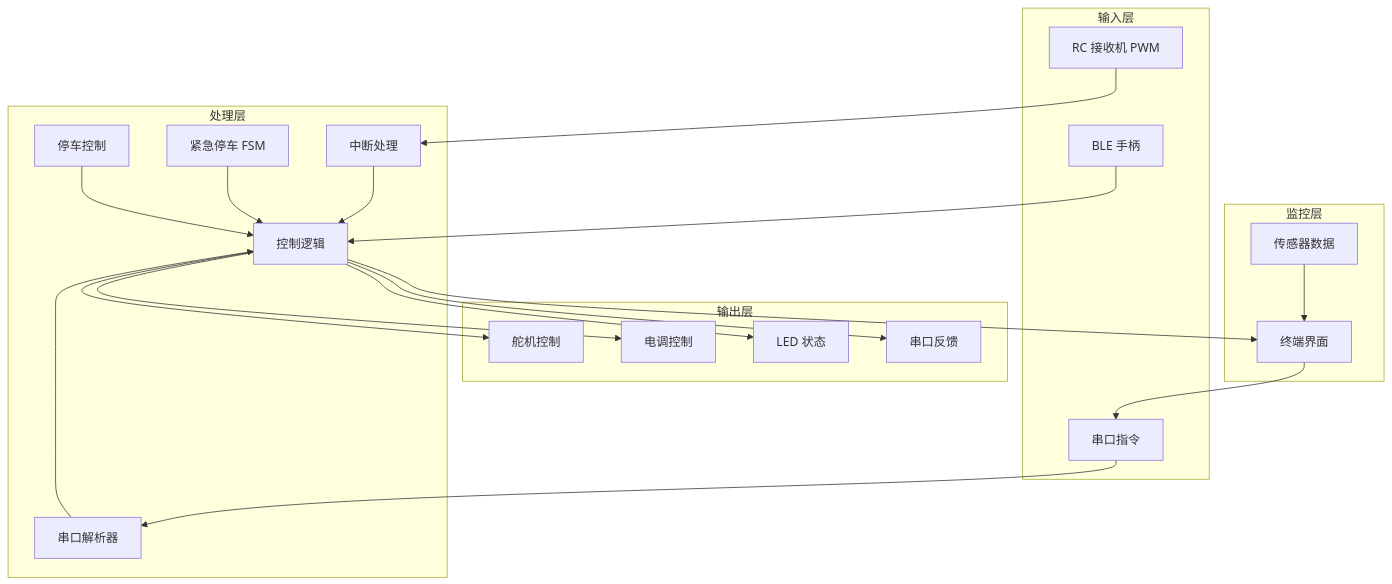
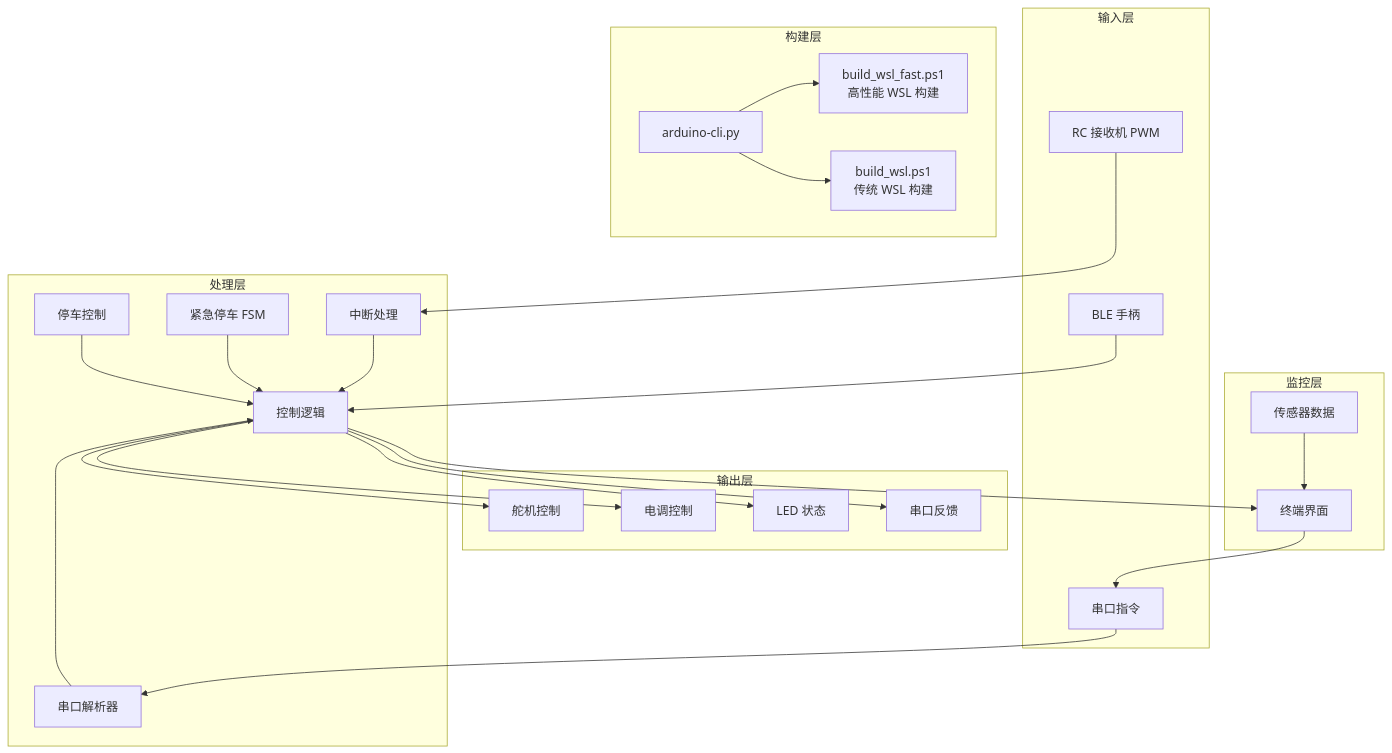
Before and after one commit to DonkeyDrift/Firmware: the second of 12 diagrams in .qoder/repowiki/zh/content/开发工具与配置/Claude AI 代码助手支持.md, drawn with Mermaid. The commit also changed other lines of this file and 3 other files, not shown here.

````diff
--- a/.qoder/repowiki/zh/content/开发工具与配置/Claude AI 代码助手支持.md
+++ b/.qoder/repowiki/zh/content/开发工具与配置/Claude AI 代码助手支持.md
@@ -131,39 +145,46 @@
 ```mermaid
 graph TD
 subgraph "输入层"
 RC[RC 接收机 PWM]
 Serial[串口指令]
 BLE[BLE 手柄]
 end
 subgraph "处理层"
 Interrupt[中断处理]
 Parser[串口解析器]
 Logic[控制逻辑]
 EST[紧急停车 FSM]
 Park[停车控制]
 end
 subgraph "输出层"
 Servo[舵机控制]
 ESC[电调控制]
 LED[LED 状态]
 Feedback[串口反馈]
 end
 subgraph "监控层"
 TUI[终端界面]
 Sensors[传感器数据]
 end
+subgraph "构建层"
+CLI[arduino-cli.py]
+WSL_Fast[build_wsl_fast.ps1<br/>高性能 WSL 构建]
+WSL_Slow[build_wsl.ps1<br/>传统 WSL 构建]
+end
 RC --> Interrupt
 Serial --> Parser
 Interrupt --> Logic
 Parser --> Logic
 EST --> Logic
 Park --> Logic
 BLE --> Logic
 Logic --> Servo
 Logic --> ESC
 Logic --> LED
 Logic --> Feedback
 Logic --> TUI
 Sensors --> TUI
 TUI --> Serial
+CLI --> WSL_Fast
+CLI --> WSL_Slow
 ```
````
